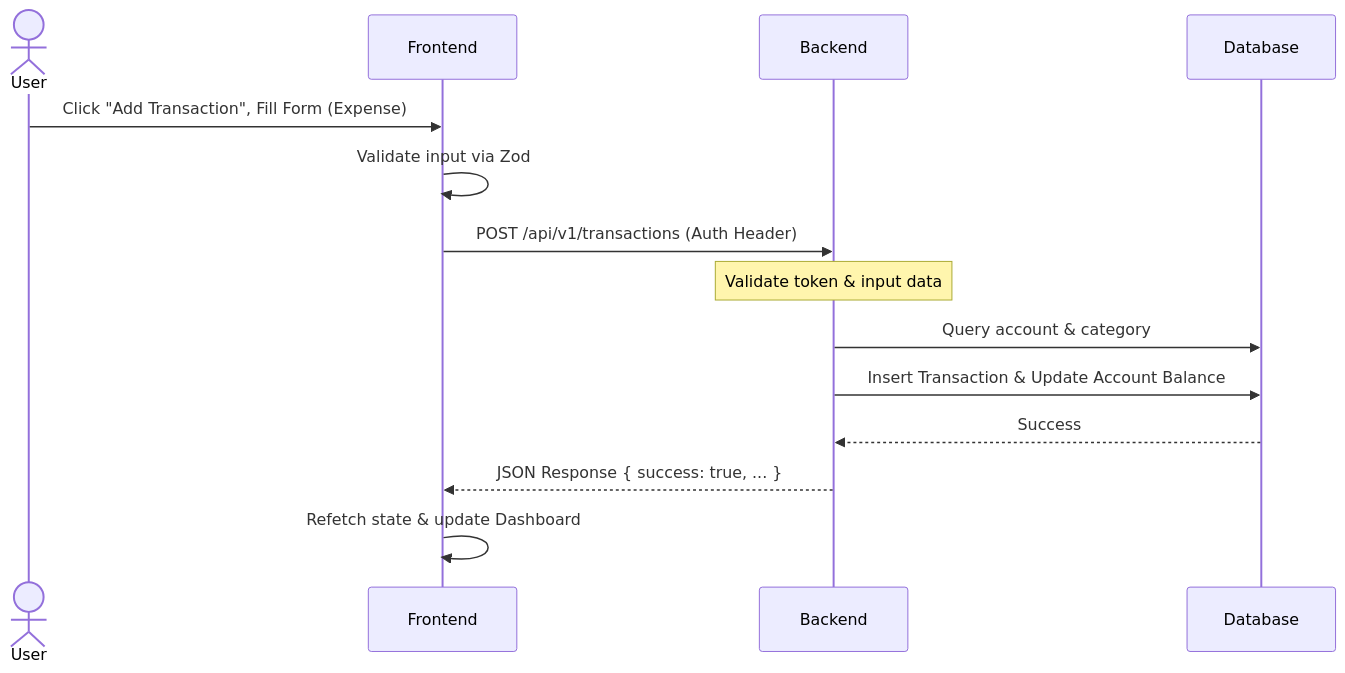
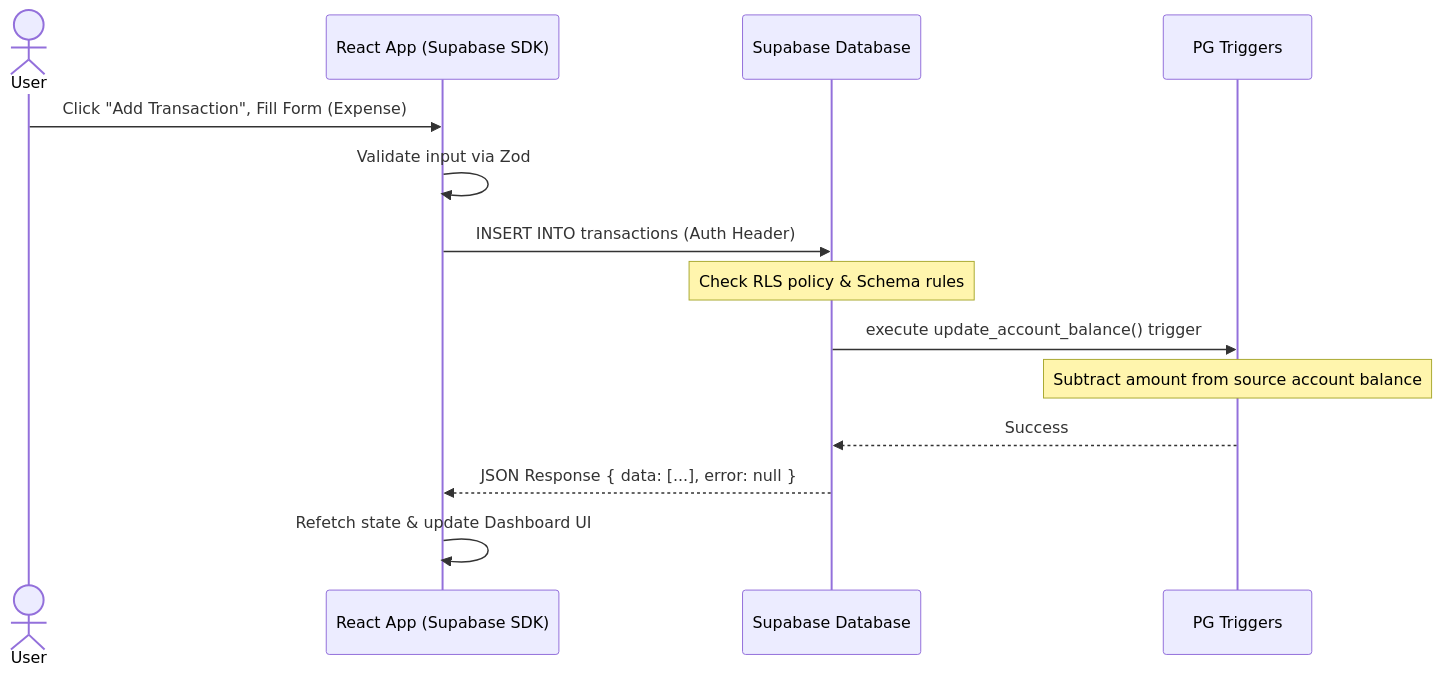
The second of 3 diagrams in docs/requirements.md (rifkykurniawan/e-ff-project), drawn with Mermaid before and after one commit. The commit also changed other lines of this file and 14 other files, not shown here.

Commit message:
feat: implement multi-user sign-up workflow and enforce data isolation via Supabase RLS policies

````diff
--- a/docs/requirements.md
+++ b/docs/requirements.md
@@ -123,16 +124,16 @@
 ```mermaid
 sequenceDiagram
     actor User
-    participant Frontend
-    participant Backend
-    participant Database
+    participant Frontend as React App (Supabase SDK)
+    participant DB as Supabase Database
+    participant Triggers as PG Triggers
     User->>Frontend: Click "Add Transaction", Fill Form (Expense)
     Frontend->>Frontend: Validate input via Zod
-    Frontend->>Backend: POST /api/v1/transactions (Auth Header)
-    Note over Backend: Validate token & input data
-    Backend->>Database: Query account & category
-    Backend->>Database: Insert Transaction & Update Account Balance
-    Database-->>Backend: Success
-    Backend-->>Frontend: JSON Response { success: true, ... }
-    Frontend->>Frontend: Refetch state & update Dashboard
+    Frontend->>DB: INSERT INTO transactions (Auth Header)
+    Note over DB: Check RLS policy & Schema rules
+    DB->>Triggers: execute update_account_balance() trigger
+    Note over Triggers: Subtract amount from source account balance
+    Triggers-->>DB: Success
+    DB-->>Frontend: JSON Response { data: [...], error: null }
+    Frontend->>Frontend: Refetch state & update Dashboard UI
 ```
````
